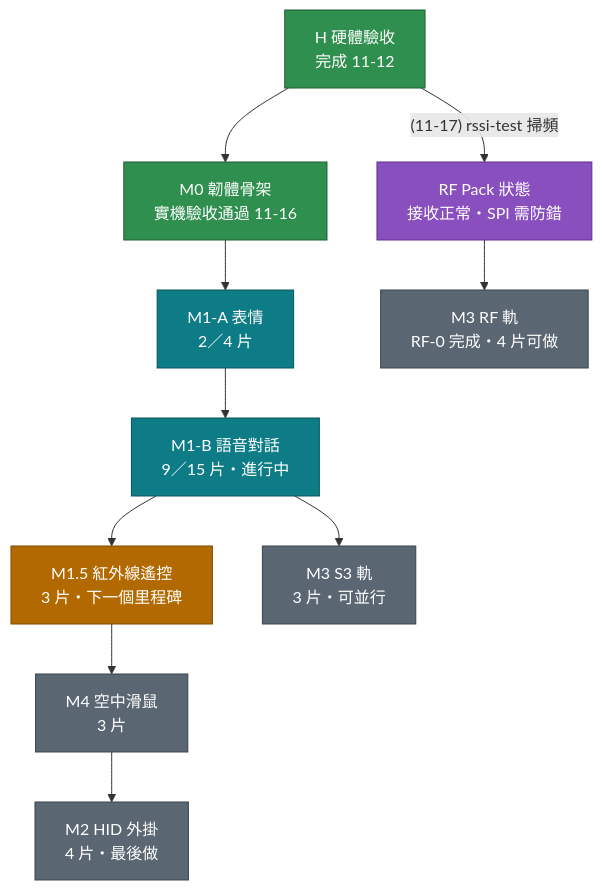
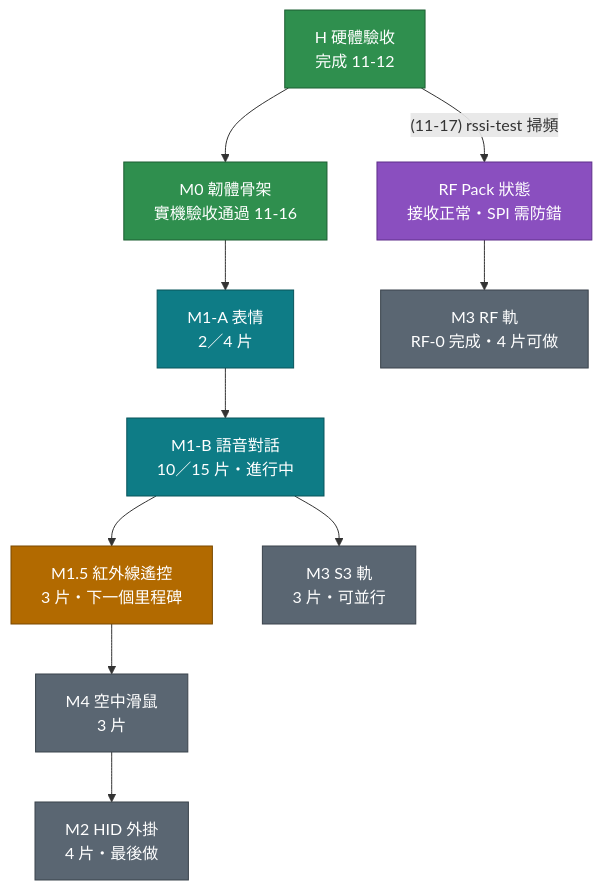
One commit to MilesYP/m5sticks3 changed the first of 2 diagrams in docs/StickS3 執行計劃.md. Above: the diagram before and after it, drawn with Mermaid. The commit also changed other lines of this file and 20 other files, not shown here.

````diff
--- a/docs/StickS3 執行計劃.md
+++ b/docs/StickS3 執行計劃.md
@@ -29,28 +29,28 @@
 ```mermaid
 flowchart TD
     H["H 硬體驗收<br>完成 11-12"]
     M0["M0 韌體骨架<br>實機驗收通過 11-16"]
     M1A["M1-A 表情<br>2／4 片"]
-    M1B["M1-B 語音對話<br>9／15 片・進行中"]
+    M1B["M1-B 語音對話<br>10／15 片・進行中"]
     M15["M1.5 紅外線遙控<br>3 片・下一個里程碑"]
     M4["M4 空中滑鼠<br>3 片"]
     M2["M2 HID 外掛<br>4 片・最後做"]
     M3S["M3 S3 軌<br>3 片・可並行"]
     M3R["M3 RF 軌<br>RF-0 完成・4 片可做"]
     RS["RF Pack 狀態<br>接收正常・SPI 需防錯"]
 
     H --> M0 --> M1A --> M1B --> M15 --> M4 --> M2
     M1B --> M3S
     H -->|"(11-17) rssi-test 掃頻"| RS --> M3R
 
     classDef done fill:#2f8f4e,color:#ffffff,stroke:#1d5e33
     classDef doing fill:#0e7c86,color:#ffffff,stroke:#08545b
     classDef next fill:#b26a00,color:#ffffff,stroke:#7a4900
     classDef todo fill:#5a6672,color:#ffffff,stroke:#3a434c
     classDef gate fill:#8a4fbf,color:#ffffff,stroke:#5e2f8a
     class H,M0 done
     class M1A,M1B doing
     class M15 next
     class M4,M2,M3S,M3R todo
     class RS gate
 ```
````
